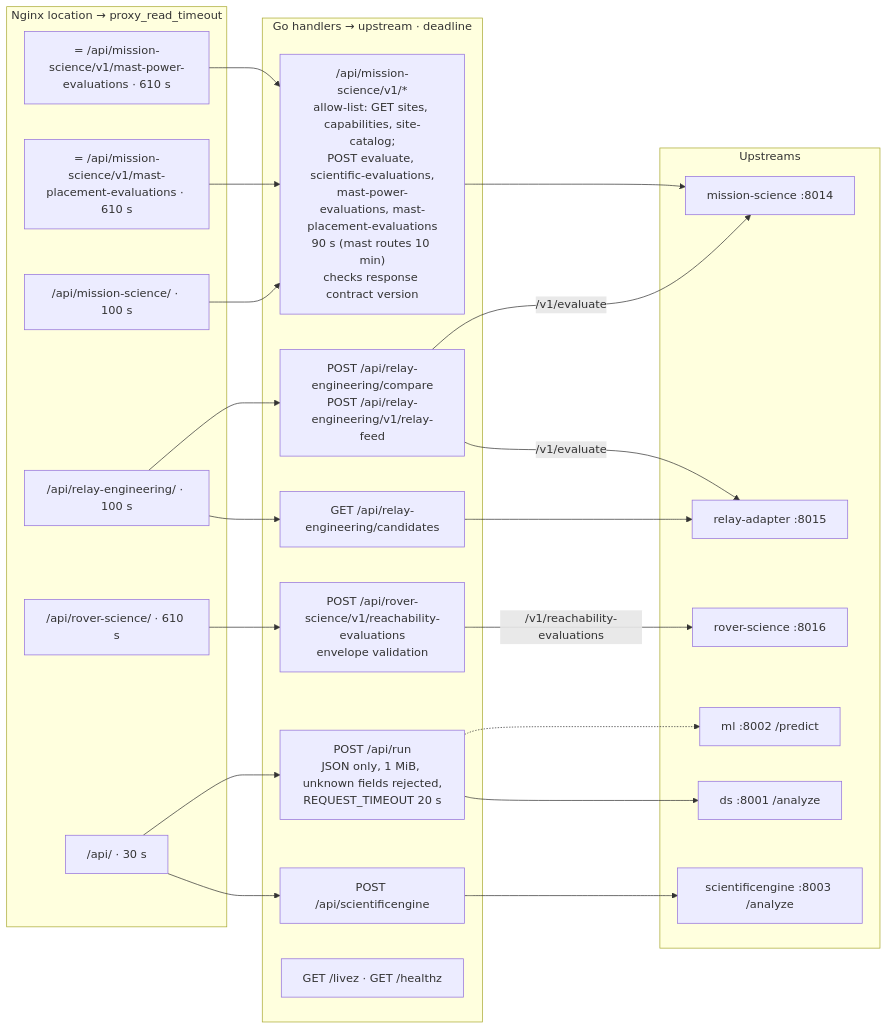
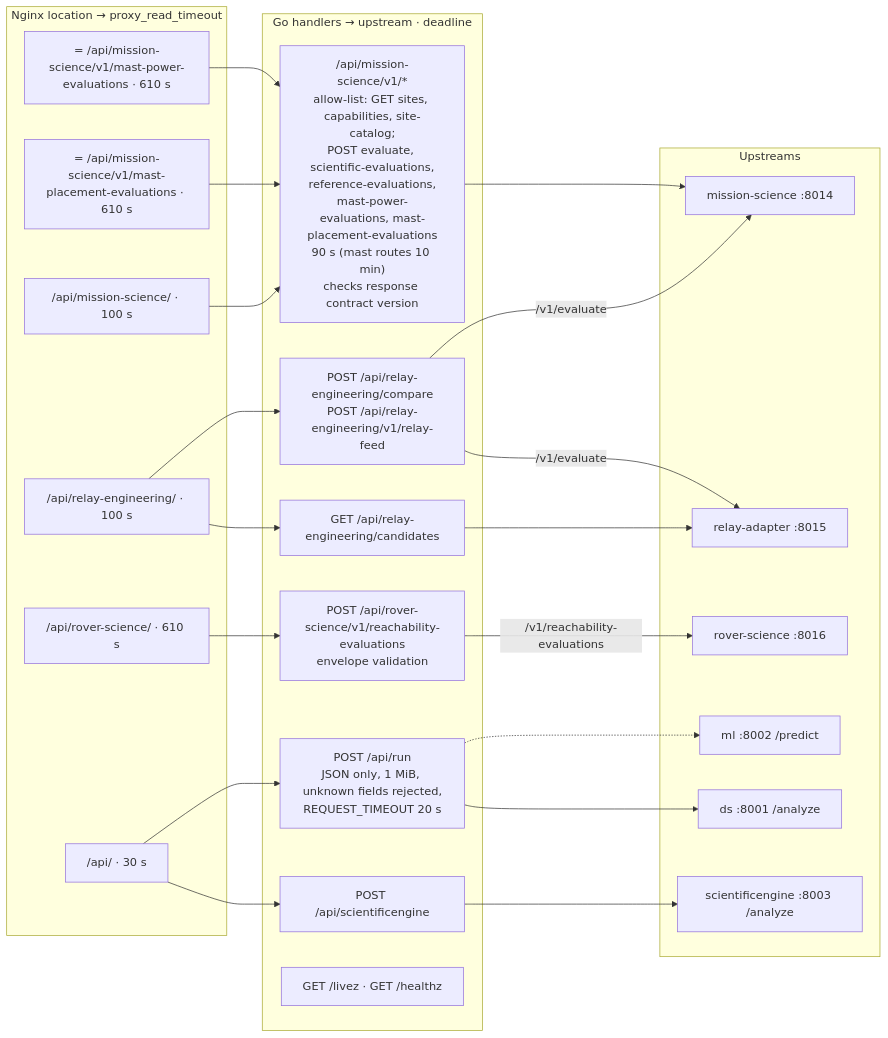
The fourth of 14 diagrams in docs/architecture/system-design.md (PentaHexaKong/nasa-skyline), drawn with Mermaid before and after one commit. The commit also changed other lines of this file and 4 other files, not shown here.

````diff
--- a/docs/architecture/system-design.md
+++ b/docs/architecture/system-design.md
@@ -156,40 +157,40 @@
 ```mermaid
 flowchart LR
     subgraph nginx["Nginx location → proxy_read_timeout"]
         n1["= /api/mission-science/v1/mast-power-evaluations · 610 s"]
         n2["= /api/mission-science/v1/mast-placement-evaluations · 610 s"]
         n3["/api/mission-science/ · 100 s"]
         n4["/api/relay-engineering/ · 100 s"]
         n5["/api/rover-science/ · 610 s"]
         n6["/api/ · 30 s"]
     end
 
     subgraph go["Go handlers → upstream · deadline"]
-        g1["/api/mission-science/v1/*<br/>allow-list: GET sites, capabilities, site-catalog;<br/>POST evaluate, scientific-evaluations,<br/>mast-power-evaluations, mast-placement-evaluations<br/>90 s (mast routes 10 min)<br/>checks response contract version"]
+        g1["/api/mission-science/v1/*<br/>allow-list: GET sites, capabilities, site-catalog;<br/>POST evaluate, scientific-evaluations,<br/>reference-evaluations,<br/>mast-power-evaluations, mast-placement-evaluations<br/>90 s (mast routes 10 min)<br/>checks response contract version"]
         g2["GET /api/relay-engineering/candidates"]
         g3["POST /api/relay-engineering/compare<br/>POST /api/relay-engineering/v1/relay-feed"]
         g4["POST /api/rover-science/v1/reachability-evaluations<br/>envelope validation"]
         g5["POST /api/scientificengine"]
         g6["POST /api/run<br/>JSON only, 1 MiB, unknown fields rejected,<br/>REQUEST_TIMEOUT 20 s"]
         g7["GET /livez · GET /healthz"]
     end
 
     subgraph up["Upstreams"]
         ms["mission-science :8014"]
         ra["relay-adapter :8015"]
         rv["rover-science :8016"]
         se["scientificengine :8003 /analyze"]
         ds["ds :8001 /analyze"]
         ml["ml :8002 /predict"]
     end
 
     n1 & n2 & n3 --> g1 --> ms
     n4 --> g2 --> ra
     n4 --> g3
     g3 -->|"/v1/evaluate"| ra
     g3 -->|"/v1/evaluate"| ms
     n5 --> g4 -->|"/v1/reachability-evaluations"| rv
     n6 --> g5 --> se
     n6 --> g6 --> ds
     g6 -.-> ml
 ```
````
